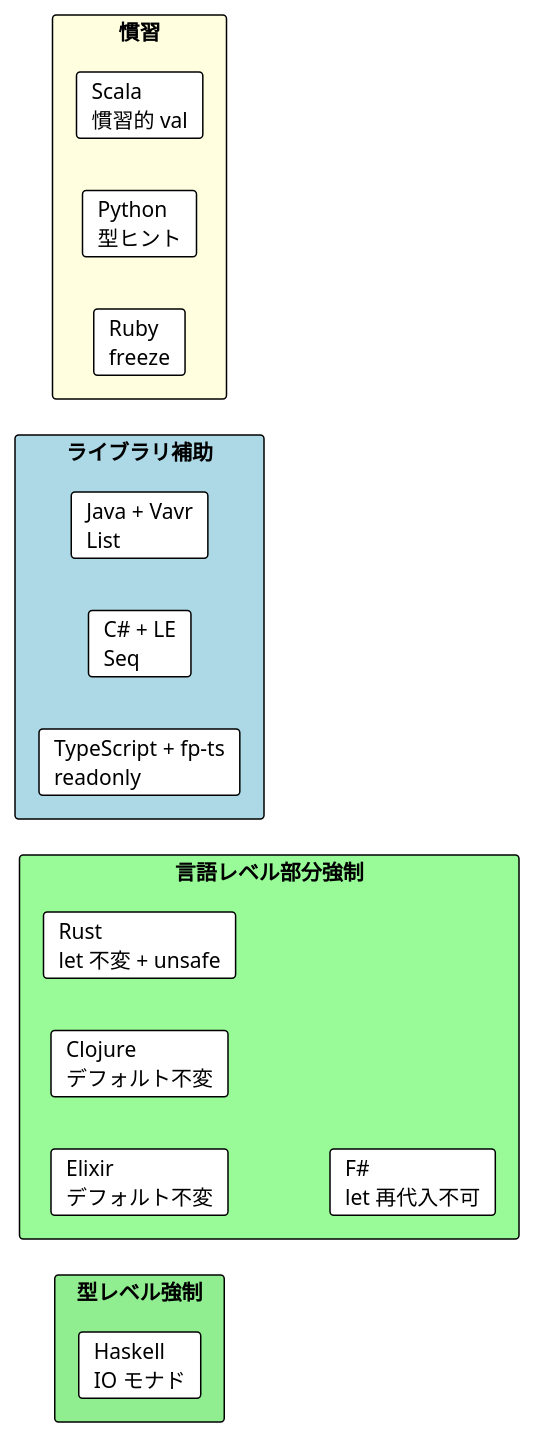
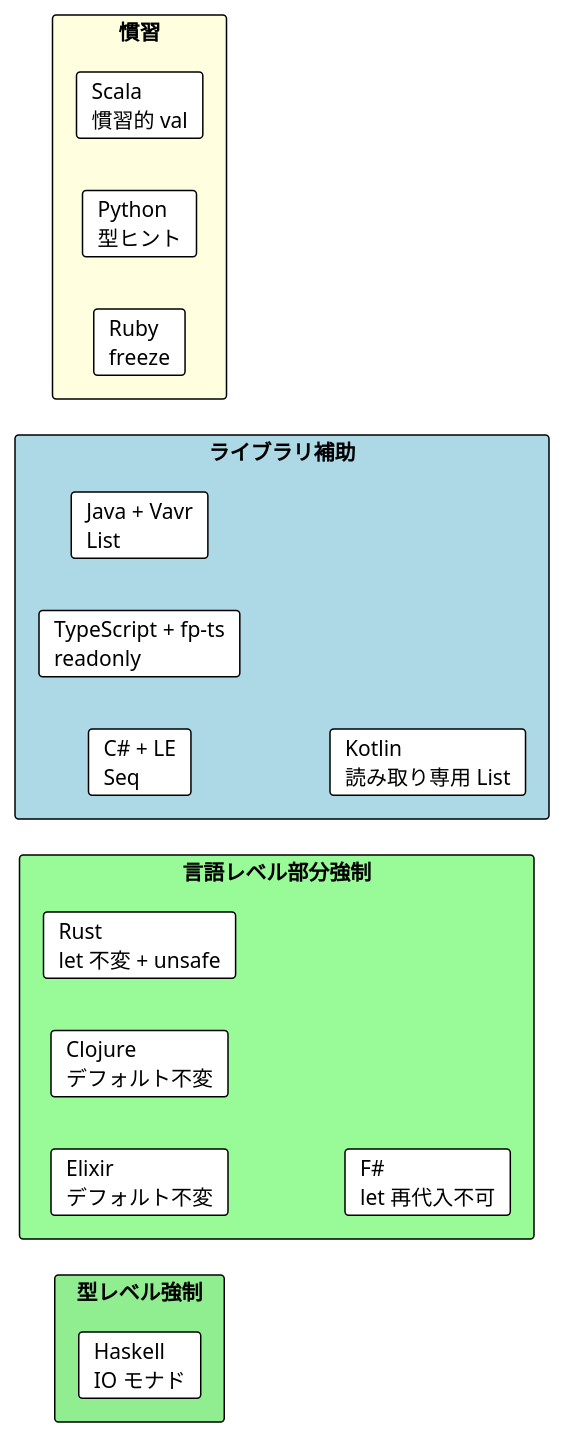
One commit to k2works/grokkingfp-excersice changed the second of 5 diagrams in docs/article/all/part-1-ch02-pure-functions.md. Above: the diagram before and after it, drawn with PlantUML. The commit also changed other lines of this file and 1 other file, not shown here.

````diff
--- a/docs/article/all/part-1-ch02-pure-functions.md
+++ b/docs/article/all/part-1-ch02-pure-functions.md
@@ -811,34 +880,35 @@
 ```plantuml
 @startuml
 !theme plain
 left to right direction
 
 rectangle "型レベル強制" #LightGreen {
   card "Haskell\nIO モナド" as h
 }
 
 rectangle "言語レベル部分強制" #PaleGreen {
   card "Rust\nlet 不変 + unsafe" as ru
   card "Elixir\nデフォルト不変" as el
   card "Clojure\nデフォルト不変" as cl
   card "F#\nlet 再代入不可" as fs
 }
 
 rectangle "ライブラリ補助" #LightBlue {
   card "Java + Vavr\nList" as ja
   card "C# + LE\nSeq" as cs
   card "TypeScript + fp-ts\nreadonly" as ts
+  card "Kotlin\n読み取り専用 List" as kt
 }
 
 rectangle "慣習" #LightYellow {
   card "Scala\n慣習的 val" as sc
   card "Python\n型ヒント" as py
   card "Ruby\nfreeze" as rb
 }
 
 h -[hidden]right-> ru
 ru -[hidden]right-> ja
 ja -[hidden]right-> sc
 
 @enduml
 ```
````
